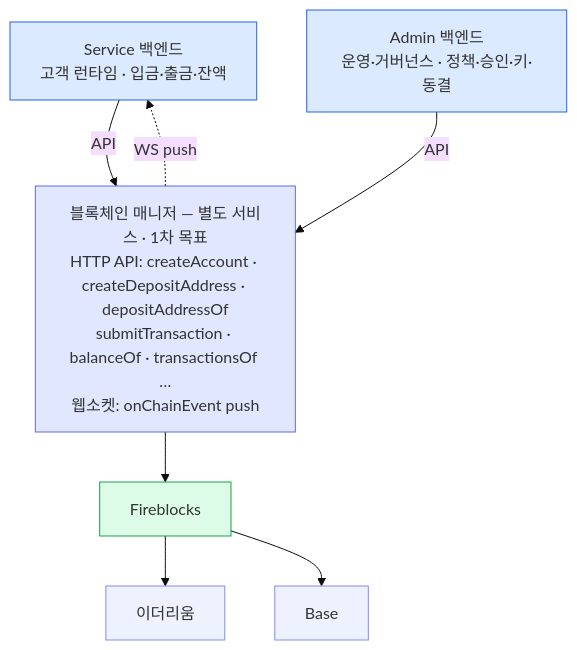
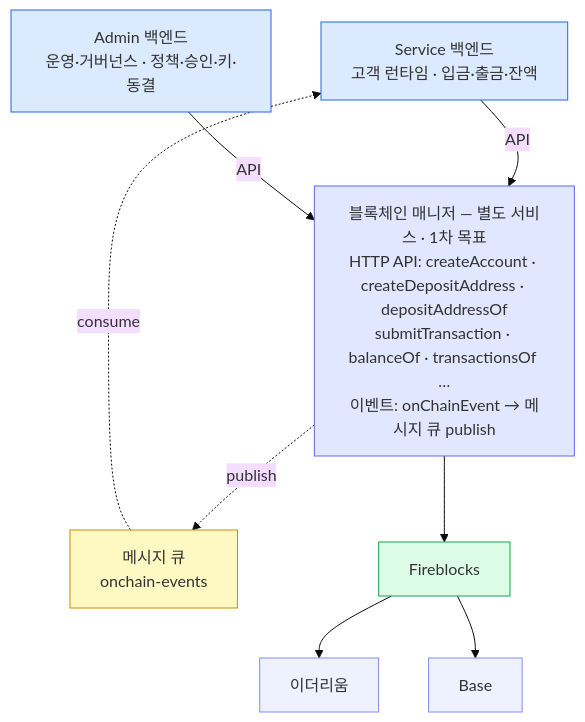
One commit to eunsujeo/eunpus changed the first of 3 diagrams in blockchain-manager/docs/설계/00-cast.md. Above: the diagram before and after it, drawn with Mermaid (base theme). The commit also changed other lines of this file and 6 other files, not shown here.

First line of the commit message:
칸반 문서: 이벤트 채널 웹소켓 → 메시지 큐 전환

````diff
--- a/blockchain-manager/docs/설계/00-cast.md
+++ b/blockchain-manager/docs/설계/00-cast.md
@@ -14,22 +14,25 @@
 ```mermaid
 flowchart TB
     SVC["Service 백엔드<br/>고객 런타임 · 입금·출금·잔액"]
     ADM["Admin 백엔드<br/>운영·거버넌스 · 정책·승인·키·동결"]
-    BM["블록체인 매니저 — 별도 서비스 · 1차 목표<br/>HTTP API: createAccount · createDepositAddress · depositAddressOf<br/>submitTransaction · balanceOf · transactionsOf …<br/>웹소켓: onChainEvent push"]
+    BM["블록체인 매니저 — 별도 서비스 · 1차 목표<br/>HTTP API: createAccount · createDepositAddress · depositAddressOf<br/>submitTransaction · balanceOf · transactionsOf …<br/>이벤트: onChainEvent → 메시지 큐 publish"]
+    MQ["메시지 큐<br/>onchain-events"]
     FB["Fireblocks"]
     ETH["이더리움"]
     BASE["Base"]
 
     SVC -->|API| BM
     ADM -->|API| BM
-    BM -.->|WS push| SVC
+    BM -.->|publish| MQ
+    MQ -.->|consume| SVC
     BM --> FB
     FB --> ETH
     FB --> BASE
 
     classDef be fill:#dbeafe,stroke:#2563eb;
     classDef port fill:#e0e7ff,stroke:#6366f1;
     classDef vendor fill:#dcfce7,stroke:#16a34a;
     classDef chain fill:#eef2ff,stroke:#818cf8;
-    class SVC,ADM be; class BM port; class FB vendor; class ETH,BASE chain;
+    classDef mq fill:#fef9c3,stroke:#ca8a04;
+    class SVC,ADM be; class BM port; class FB vendor; class ETH,BASE chain; class MQ mq;
 ```
````
